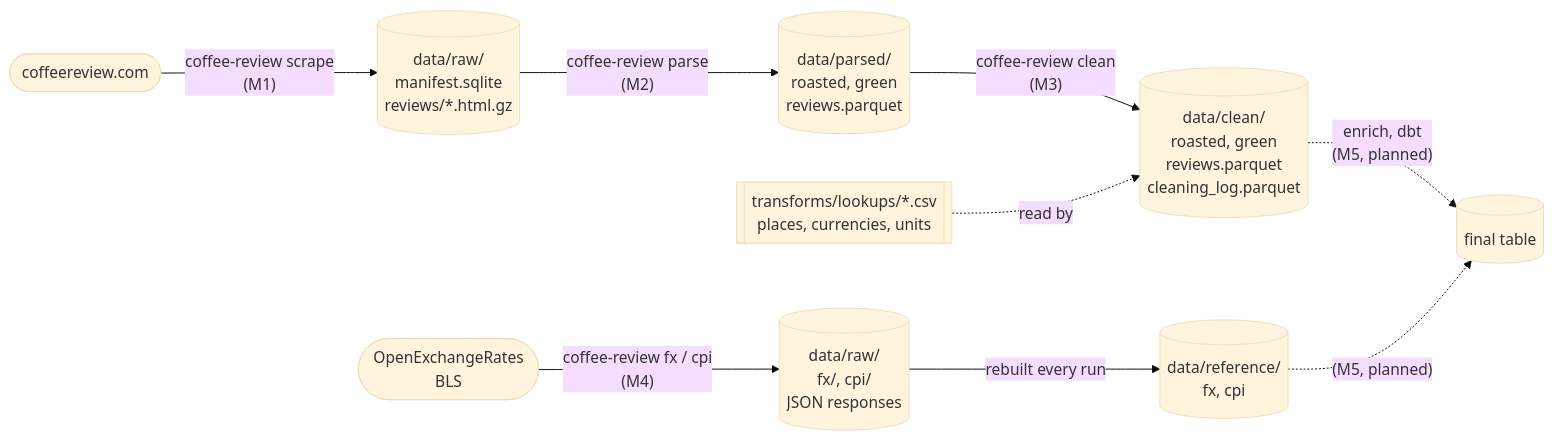
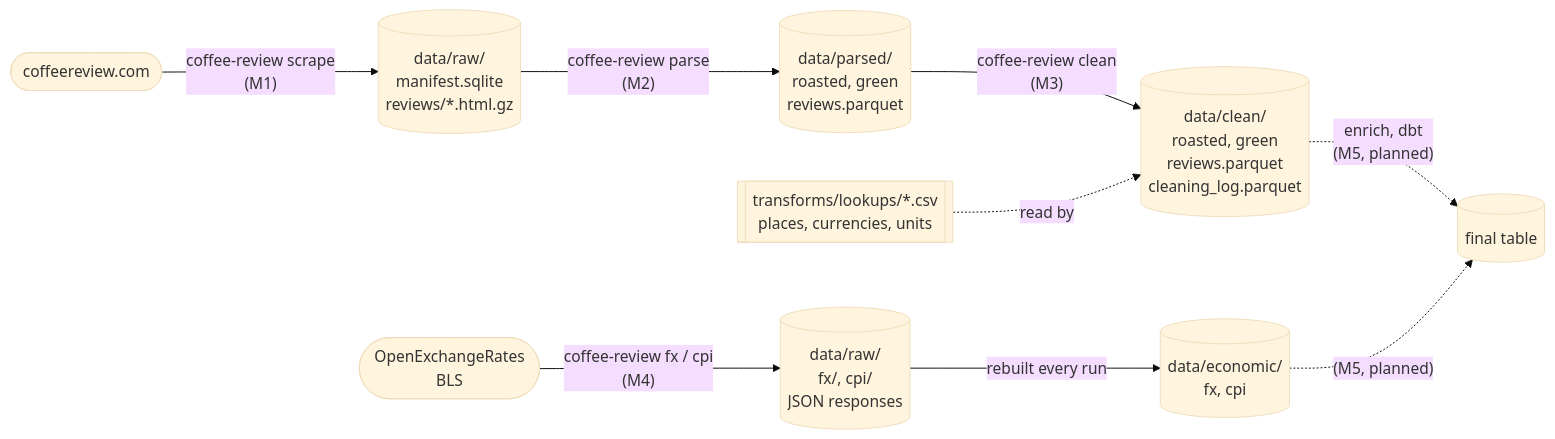
Before and after one commit to tynardone/coffee-review: the first of 7 diagrams in docs/architecture.md, drawn with Mermaid (base theme). The commit also changed other lines of this file and 31 other files, not shown here.

First line of the commit message:
refactor: rename the reference layer to economic

````diff
--- a/docs/architecture.md
+++ b/docs/architecture.md
@@ -13,21 +13,21 @@
 ```mermaid
 flowchart LR
     site(["coffeereview.com"])
     apis(["OpenExchangeRates<br>BLS"])
     raw[("data/raw/<br>manifest.sqlite<br>reviews/*.html.gz")]
     parsed[("data/parsed/<br>roasted, green<br>reviews.parquet")]
     clean[("data/clean/<br>roasted, green<br>reviews.parquet<br>cleaning_log.parquet")]
     lookups[["transforms/lookups/*.csv<br>places, currencies, units"]]
     rawref[("data/raw/<br>fx/, cpi/<br>JSON responses")]
-    reference[("data/reference/<br>fx, cpi")]
+    economic[("data/economic/<br>fx, cpi")]
     final[("final table")]
 
     site -->|"coffee-review scrape<br>(M1)"| raw
     raw -->|"coffee-review parse<br>(M2)"| parsed
     parsed -->|"coffee-review clean<br>(M3)"| clean
     lookups -.->|read by| clean
     clean -.->|"enrich, dbt<br>(M5, planned)"| final
     apis -->|"coffee-review fx / cpi<br>(M4)"| rawref
-    rawref -->|rebuilt every run| reference
-    reference -.->|"(M5, planned)"| final
+    rawref -->|rebuilt every run| economic
+    economic -.->|"(M5, planned)"| final
 ```
````
